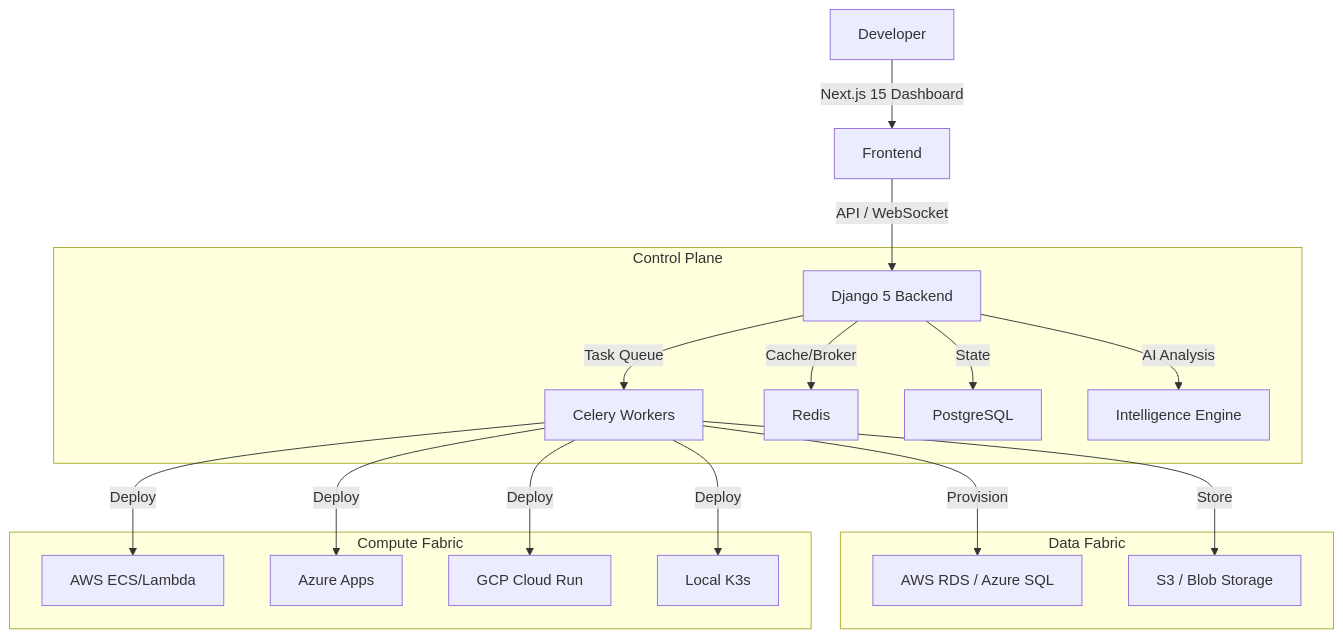
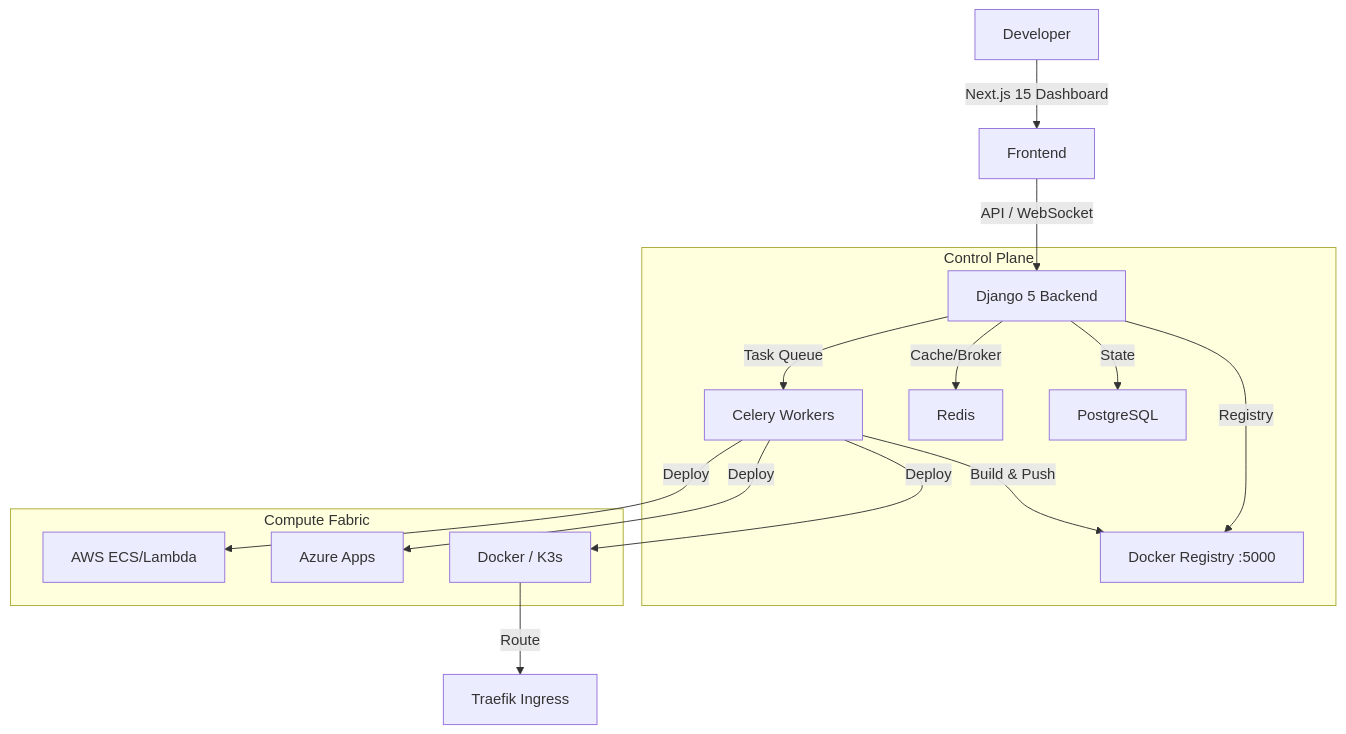
One commit to SMSLYCLOUD/smsly-hosting changed the diagram in README.md. Above: the diagram before and after it, drawn with Mermaid. The commit also changed other lines of this file and 3 other files, not shown here.

````diff
--- a/README.md
+++ b/README.md
@@ -60,24 +77,21 @@
 ```mermaid
 graph TD
     User[Developer] -->|Next.js 15 Dashboard| UI[Frontend]
     UI -->|API / WebSocket| API[Django 5 Backend]
 
     subgraph "Control Plane"
         API -->|Task Queue| Celery[Celery Workers]
         API -->|Cache/Broker| Redis
         API -->|State| PG[PostgreSQL]
-        API -->|AI Analysis| Intel[Intelligence Engine]
-    end
-
-    subgraph "Data Fabric"
-        Celery -->|Provision| RDS[AWS RDS / Azure SQL]
-        Celery -->|Store| S3[S3 / Blob Storage]
+        API -->|Registry| Reg[Docker Registry :5000]
     end
 
     subgraph "Compute Fabric"
+        Celery -->|Build & Push| Reg
         Celery -->|Deploy| AWS[AWS ECS/Lambda]
         Celery -->|Deploy| Azure[Azure Apps]
-        Celery -->|Deploy| GCP[GCP Cloud Run]
-        Celery -->|Deploy| K8s[Local K3s]
+        Celery -->|Deploy| Local[Docker / K3s]
     end
+
+    Local -->|Route| Traefik[Traefik Ingress]
 ```
````
